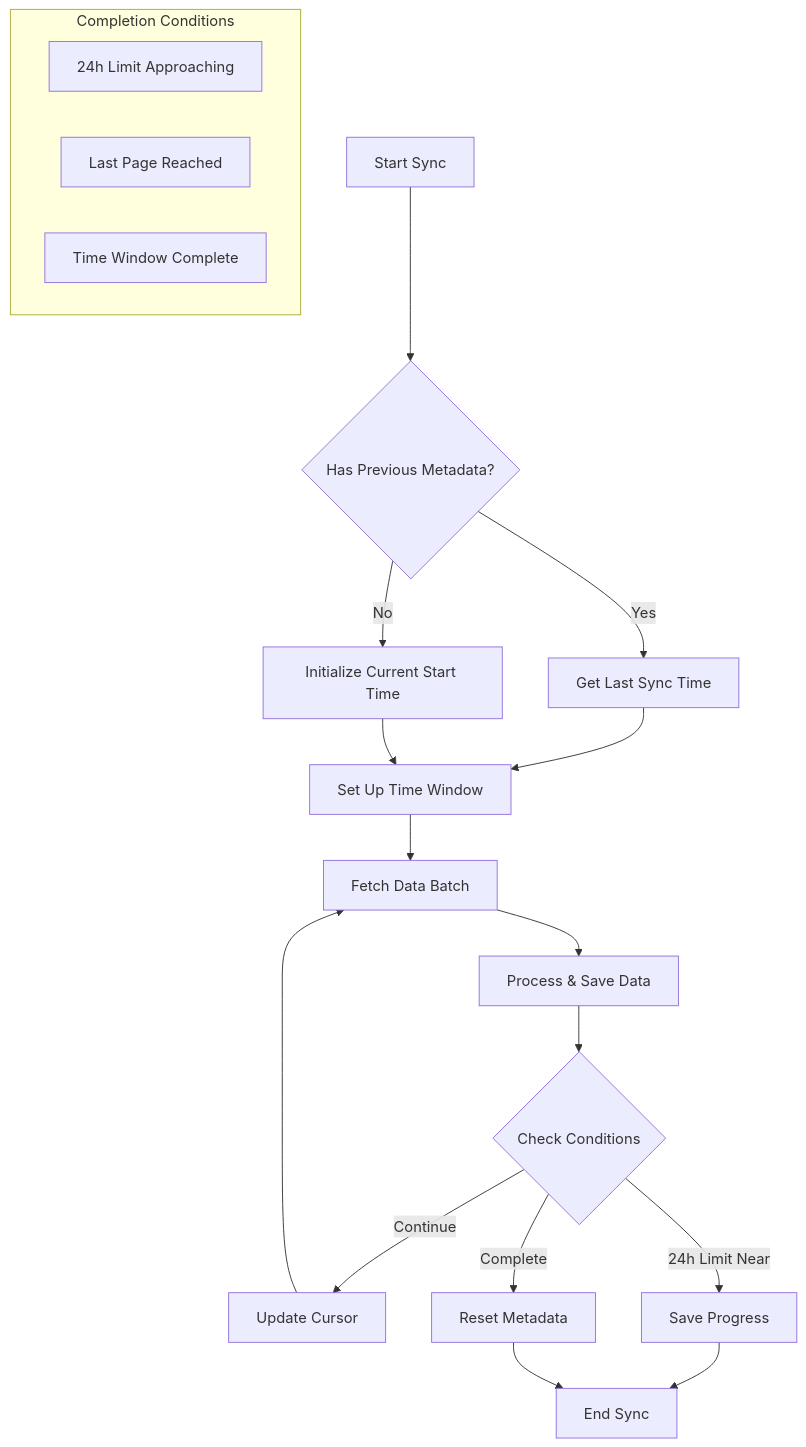
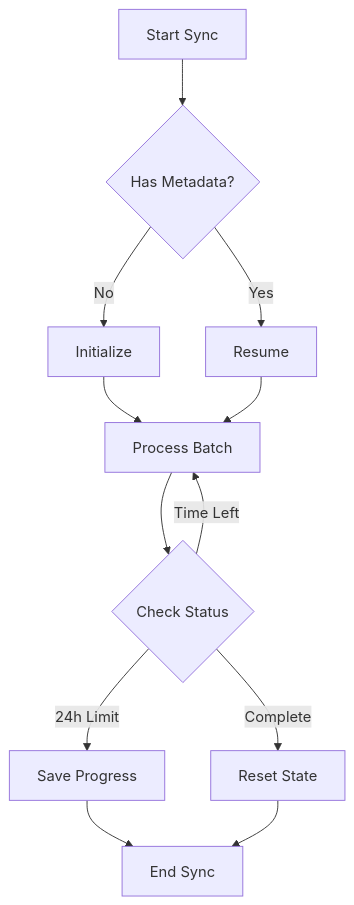
Before and after one commit to NangoHQ/integration-templates: the first of 2 diagrams in .cursor/rules/nango-script-best-practices.mdc, drawn with Mermaid. The commit also changed other lines of this file and 2 other files, not shown here.

Commit message:
simplify visualization

````diff
--- a/.cursor/rules/nango-script-best-practices.mdc
+++ b/.cursor/rules/nango-script-best-practices.mdc
@@ -672,27 +672,14 @@
 ```mermaid
 graph TD
-    A[Start Sync] --> B{Has Previous Metadata?}
-    B -->|Yes| C[Get Last Sync Time]
-    B -->|No| D[Initialize Current Start Time]
-    
-    C --> E[Set Up Time Window]
+    A[Start Sync] --> B{Has Metadata?}
+    B -->|No| C[Initialize]
+    B -->|Yes| D[Resume]
+    C --> E[Process Batch]
     D --> E
-    
-    E --> F[Fetch Data Batch]
-    F --> G[Process & Save Data]
-    G --> H{Check Conditions}
-    
-    H -->|Continue| I[Update Cursor]
-    I --> F
-    
-    H -->|24h Limit Near| J[Save Progress]
-    J --> K[End Sync]
-    H -->|Complete| L[Reset Metadata]
-    L --> K
-    
-    subgraph "Completion Conditions"
-        M[24h Limit Approaching]
-        N[Last Page Reached]
-        O[Time Window Complete]
-    end
+    E --> F{Check Status}
+    F -->|Time Left| E
+    F -->|24h Limit| G[Save Progress]
+    F -->|Complete| H[Reset State]
+    G --> I[End Sync]
+    H --> I
 ```
````
